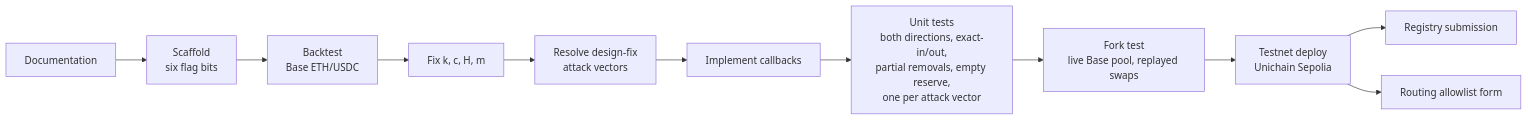
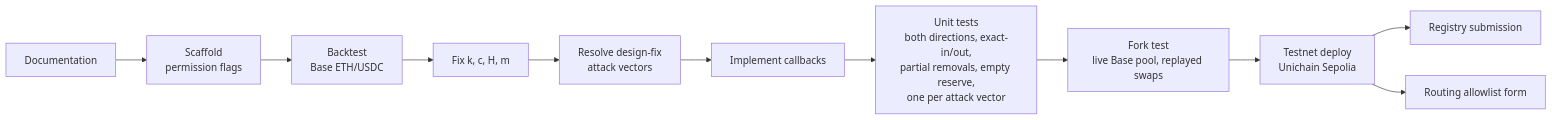
One commit to eabz/ballast changed the diagram in docs/roadmap.md. Above: the diagram before and after it, drawn with Mermaid. The commit also changed other lines of this file and 87 other files, not shown here.

````diff
--- a/docs/roadmap.md
+++ b/docs/roadmap.md
@@ -22,13 +22,13 @@
 ```mermaid
 flowchart LR
-    D[Documentation] --> S["Scaffold<br/>six flag bits"]
+    D[Documentation] --> S["Scaffold<br/>permission flags"]
     S --> B["Backtest<br/>Base ETH/USDC"]
     B --> P["Fix k, c, H, m"]
     P --> AV["Resolve design-fix<br/>attack vectors"]
     AV --> I[Implement callbacks]
     I --> U["Unit tests<br/>both directions, exact-in/out,<br/>partial removals, empty reserve,<br/>one per attack vector"]
     U --> F["Fork test<br/>live Base pool, replayed swaps"]
     F --> T["Testnet deploy<br/>Unichain Sepolia"]
     T --> REG[Registry submission]
     T --> RT[Routing allowlist form]
 ```
````
